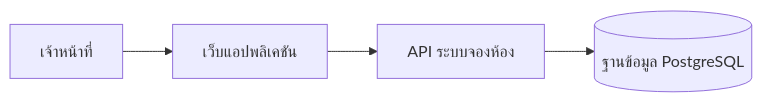
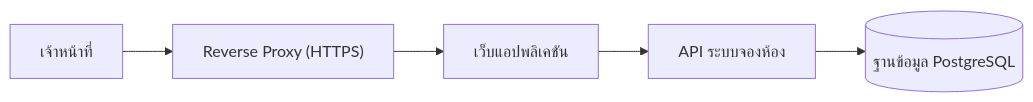
One commit to Jakkaphan-Chalongdej/thai-gov-docs changed the diagram in plugins/srs-sds/skills/srs-sds/references/examples-sds.md. Above: the diagram before and after it, drawn with Mermaid. The commit also changed other lines of this file and 9 other files, not shown here.

````diff
--- a/plugins/srs-sds/skills/srs-sds/references/examples-sds.md
+++ b/plugins/srs-sds/skills/srs-sds/references/examples-sds.md
@@ -54,4 +25,4 @@
 ```mermaid
 flowchart LR
-  user["เจ้าหน้าที่"] --> web["เว็บแอปพลิเคชัน"] --> api["API ระบบจองห้อง"] --> db[("ฐานข้อมูล PostgreSQL")]
+  user["เจ้าหน้าที่"] --> proxy["Reverse Proxy (HTTPS)"] --> web["เว็บแอปพลิเคชัน"] --> api["API ระบบจองห้อง"] --> db[("ฐานข้อมูล PostgreSQL")]
 ```
````
